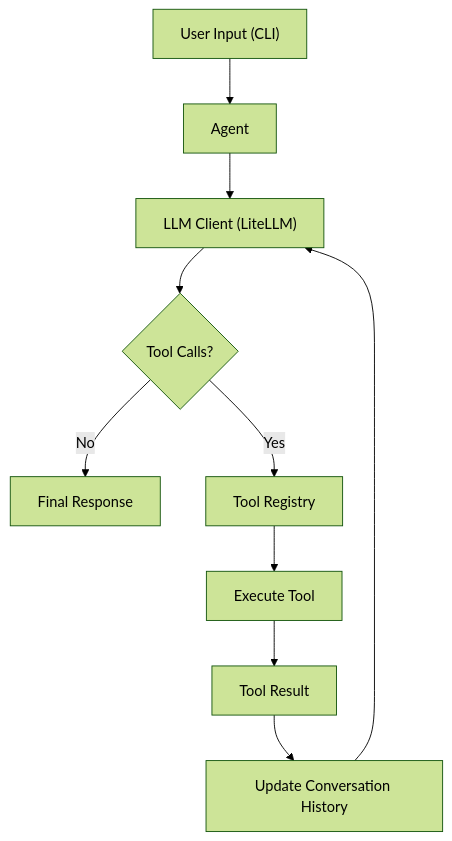
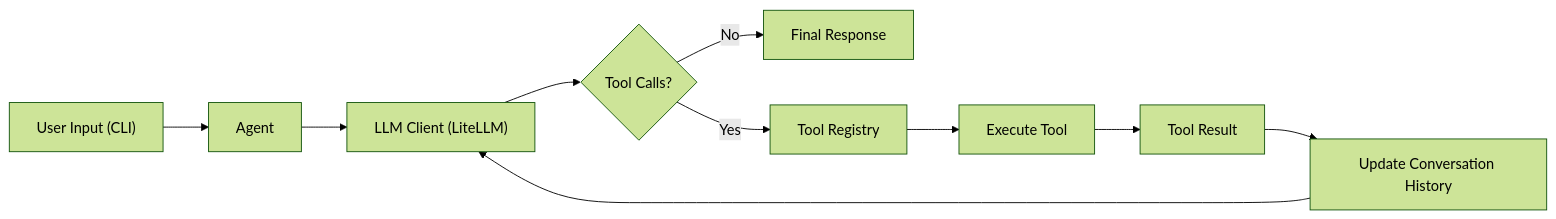
One commit to Kiran-velan/my-cli-coding-support-agent changed the diagram in README.md. Above: the diagram before and after it, drawn with Mermaid (forest theme).

Commit message:
Revise flowchart for agent execution loop
Updated flowchart in README to reflect tool-calling execution loop.

````diff
--- a/README.md
+++ b/README.md
@@ -26,12 +26,12 @@
 ```mermaid
-flowchart TD
+flowchart LR
     A["User Input (CLI)"] --> B["Agent"]
     B --> C["LLM Client (LiteLLM)"]
     C --> D{"Tool Calls?"}
     D -->|No| E["Final Response"]
     D -->|Yes| F["Tool Registry"]
     F --> G["Execute Tool"]
     G --> H["Tool Result"]
     H --> I["Update Conversation History"]
     I --> C
 ```
````
